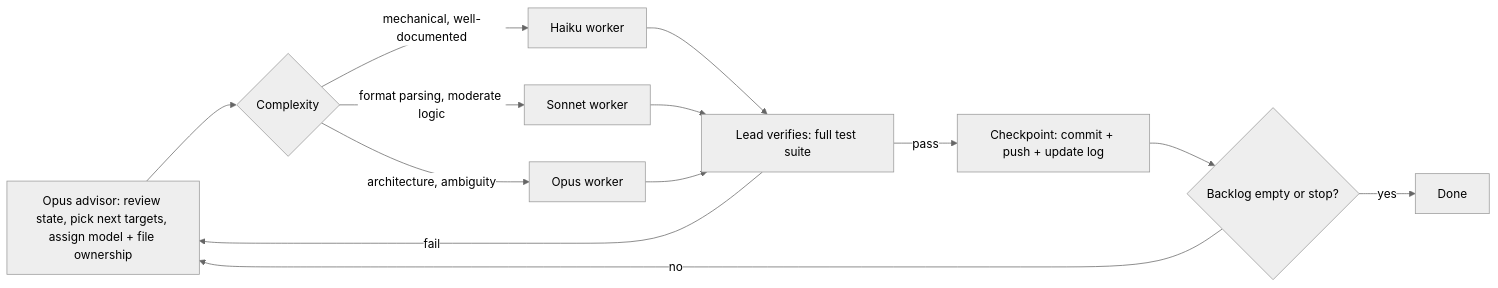
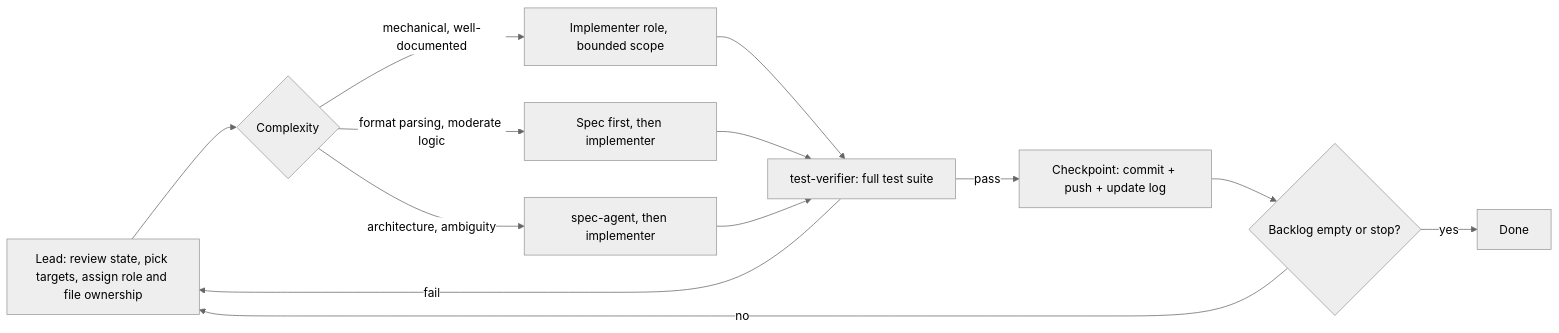
Before and after one commit to DimitarAtanasov/heroes-mobile: the diagram in README.md, drawn with Mermaid (neutral theme). The commit also changed other lines of this file and 12 other files, not shown here.

````diff
--- a/README.md
+++ b/README.md
@@ -63,15 +86,15 @@
 ```mermaid
 flowchart LR
-    A[Opus advisor: review state, pick next targets, assign model + file ownership] --> R{Complexity}
-    R -->|mechanical, well-documented| H[Haiku worker]
-    R -->|format parsing, moderate logic| So[Sonnet worker]
-    R -->|architecture, ambiguity| O[Opus worker]
-    H --> V[Lead verifies: full test suite]
+    A[Lead: review state, pick targets, assign role and file ownership] --> R{Complexity}
+    R -->|mechanical, well-documented| H[Implementer role, bounded scope]
+    R -->|format parsing, moderate logic| So[Spec first, then implementer]
+    R -->|architecture, ambiguity| O[spec-agent, then implementer]
+    H --> V[test-verifier: full test suite]
     So --> V
     O --> V
     V -->|fail| A
     V -->|pass| C[Checkpoint: commit + push + update log]
     C --> N{Backlog empty or stop?}
     N -->|no| A
     N -->|yes| D[Done]
 ```
````
